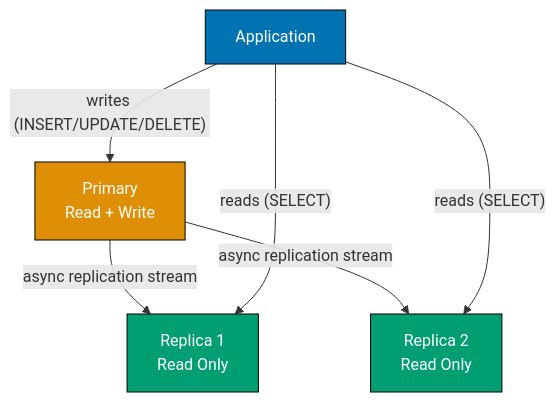
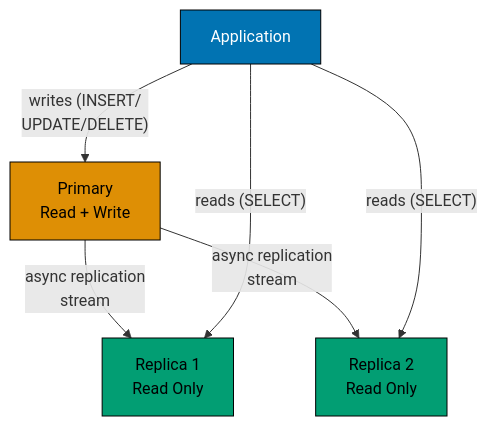
Before and after one commit to wahidyankf/ose-public: the second of 6 diagrams in apps/ayokoding-www/content/en/learn/legacy/software-engineering/system-design/by-example/intermediate.md, drawn with Mermaid. The commit also changed other lines of this file and 78 other files, not shown here.

First line of the commit message:
fix(mermaid): bring the remaining legacy software-engineering diagrams onto the accessible palette

````diff
--- a/apps/ayokoding-www/content/en/learn/legacy/software-engineering/system-design/by-example/intermediate.md
+++ b/apps/ayokoding-www/content/en/learn/legacy/software-engineering/system-design/by-example/intermediate.md
@@ -468,17 +471,20 @@
 ```mermaid
 graph TD
+    accTitle: Example 31: Master-Slave Replication
+    accDescr: Graph with 4 nodes and 5 connections. Nodes: Application, Primary Read + Write, Replica 1 Read Only, Replica 2 Read Only. Connections: Application to Primary Read + Write (writes (INSERT/ UPDATE/DELETE)), Primary Read + Write to Replica 1 Read Only (async replication stream), Primary Read + Write to Replica 2 Read Only (async replication stream), Application to Replica 1 Read Only (reads (SELECT)), Application to Replica 2 Read Only (reads (SELECT)).
     App["Application"]:::blue
     Primary["Primary<br/>Read + Write"]:::orange
     R1["Replica 1<br/>Read Only"]:::teal
     R2["Replica 2<br/>Read Only"]:::teal
 
-    App -->|"writes (INSERT/UPDATE/DELETE)"| Primary
-    Primary -->|"async replication stream"| R1
-    Primary -->|"async replication stream"| R2
+    App -->|"writes (INSERT/<br/>UPDATE/DELETE)"| Primary
+    Primary -->|"async replication<br/>stream"| R1
+    Primary -->|"async replication<br/>stream"| R2
     App -->|"reads (SELECT)"| R1
     App -->|"reads (SELECT)"| R2
 
-    classDef blue fill:#0173B2,stroke:#000,color:#fff
-    classDef orange fill:#DE8F05,stroke:#000,color:#fff
-    classDef teal fill:#029E73,stroke:#000,color:#fff
+    classDef blue fill:#0173B2,stroke:#000000,color:#FFFFFF
+    classDef orange fill:#DE8F05,stroke:#000000,color:#000000
+    classDef teal fill:#029E73,stroke:#000000,color:#000000
+    classDef default fill:#FFFFFF,stroke:#000000,color:#000000
 ```
````
